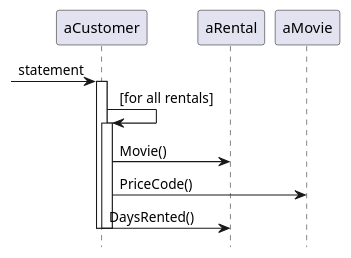
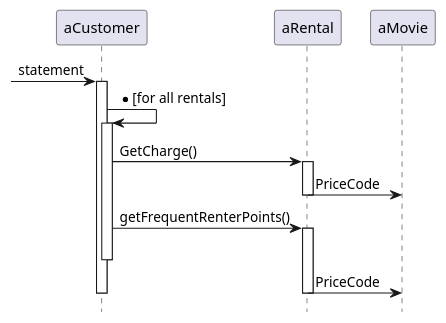
Before and after one commit to LiuPai/refactoring: the diagram in VideoStore/diagram/interactions.puml, drawn with PlantUML. The commit also changed 3 other files, not shown here.

```diff
--- a/VideoStore/diagram/interactions.puml
+++ b/VideoStore/diagram/interactions.puml
@@ -1,12 +1,17 @@
 hide footbox
 [->aCustomer: statement
 activate aCustomer
 
-aCustomer->aCustomer: [for all rentals]
+aCustomer->aCustomer: *[for all rentals]
 activate aCustomer
 
-aCustomer->aRental: Movie()
-aCustomer->aMovie: PriceCode()
-aCustomer->aRental: DaysRented()
+aCustomer->aRental: GetCharge()
+activate aRental
+aRental->aMovie: PriceCode
+deactivate aRental
+aCustomer->aRental: getFrequentRenterPoints()
+activate aRental
 deactivate aCustomer
+aRental->aMovie: PriceCode
+deactivate aRental
 deactivate aCustomer
```
